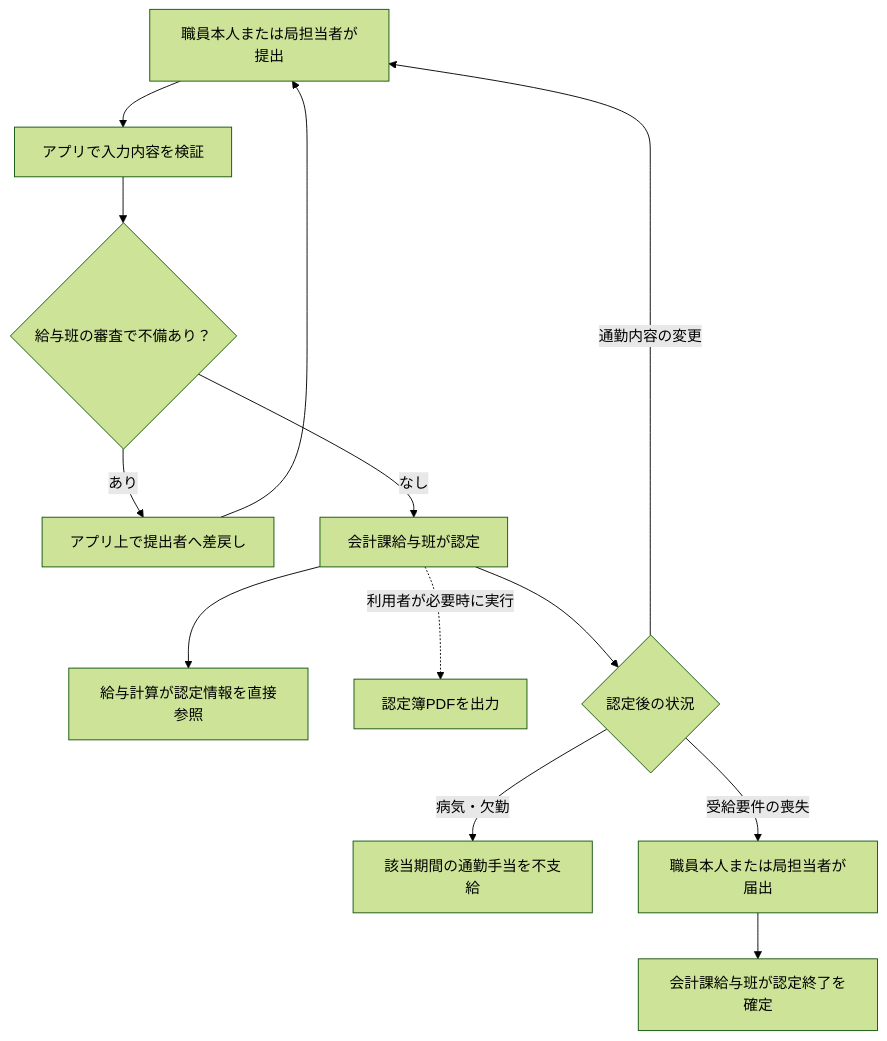
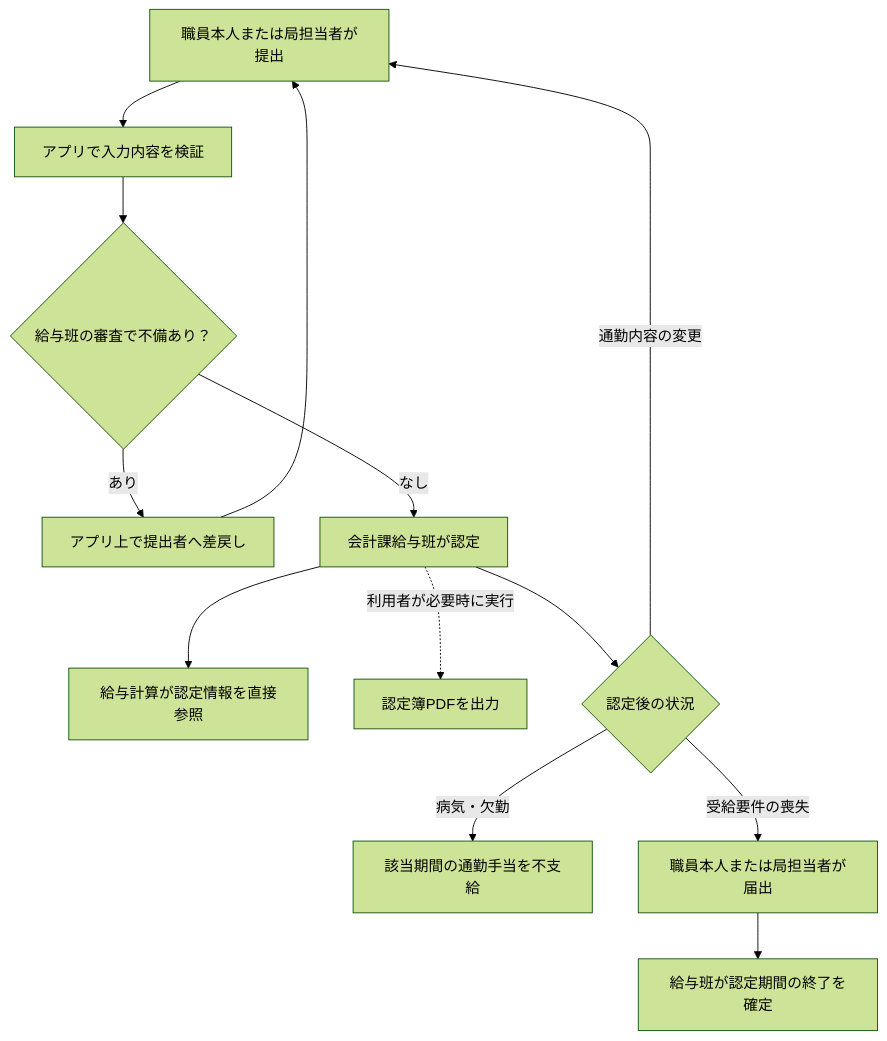
The third of 4 diagrams in docs/requirements/business-requirements.md (hirokazu601218/PowerAppsCanvasAppUI), drawn with Mermaid (forest theme) before and after one commit. The commit also changed other lines of this file and 3 other files, not shown here.

````diff
--- a/docs/requirements/business-requirements.md
+++ b/docs/requirements/business-requirements.md
@@ -165,14 +165,14 @@
 ```mermaid
 flowchart TB
     S["職員本人または局担当者が提出"] --> V["アプリで入力内容を検証"]
     V --> J{"給与班の審査で不備あり？"}
     J -->|"あり"| R["アプリ上で提出者へ差戻し"] --> S
     J -->|"なし"| N["会計課給与班が認定"]
     N --> P["給与計算が認定情報を直接参照"]
     N -.->|"利用者が必要時に実行"| D["認定簿PDFを出力"]
     N --> H{"認定後の状況"}
     H -->|"通勤内容の変更"| S
     H -->|"病気・欠勤"| U["該当期間の通勤手当を不支給"]
     H -->|"受給要件の喪失"| L["職員本人または局担当者が届出"]
-    L --> T["会計課給与班が認定終了を確定"]
+    L --> T["給与班が認定期間の終了を確定"]
 ```
````
